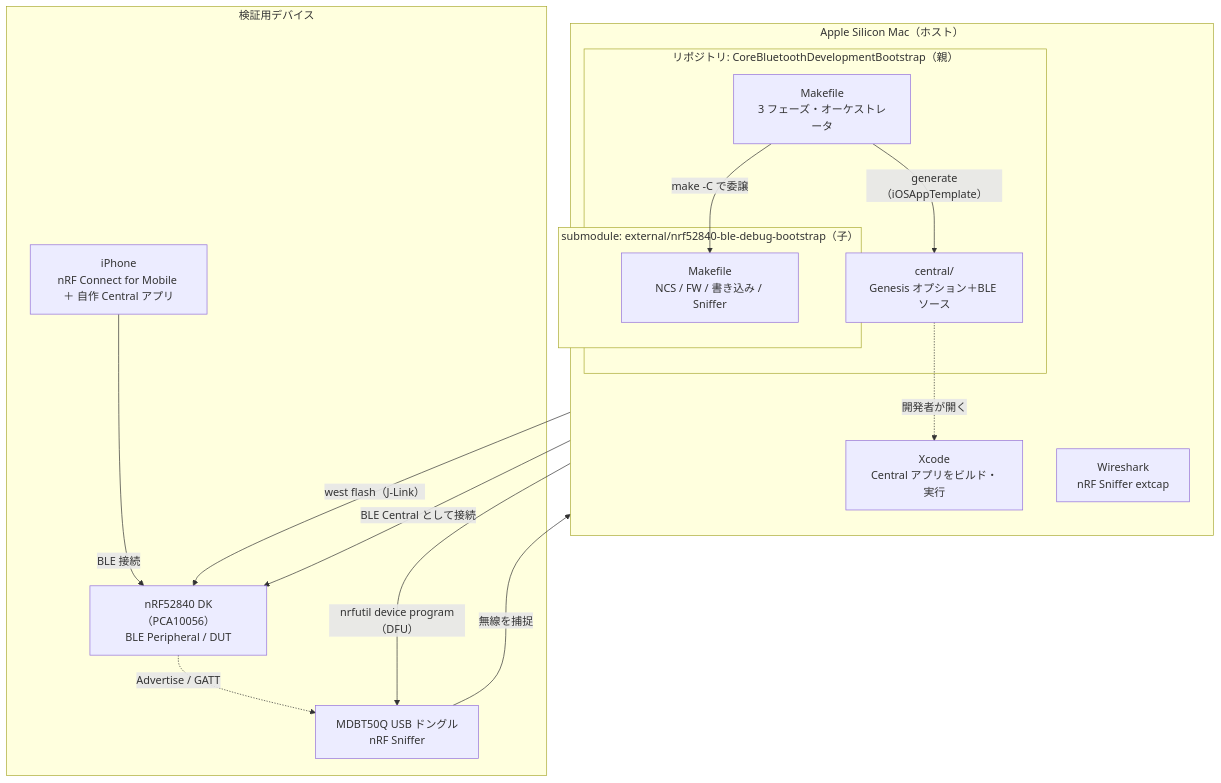
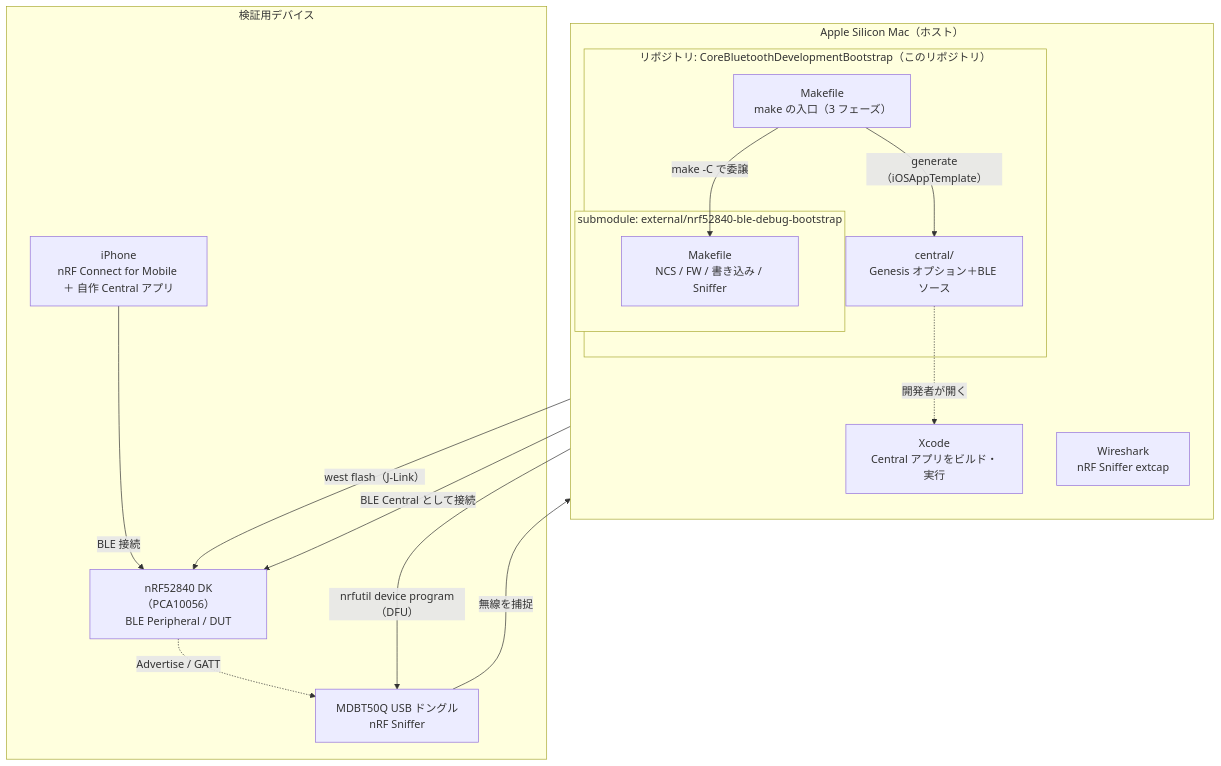
Before and after one commit to kokiTakashiki/CoreBluetoothDevelopmentBootstrap: the first of 4 diagrams in docs/DESIGN-001.md, drawn with Mermaid. The commit also changed other lines of this file and 4 other files, not shown here.

First line of the commit message:
docs: 「親/子/オーケストレータ」の抽象語を廃し、具体名（このリポジトリ/submodule）へ

````diff
--- a/docs/DESIGN-001.md
+++ b/docs/DESIGN-001.md
@@ -51,31 +51,31 @@
 ```mermaid
 flowchart TB
     subgraph host["Apple Silicon Mac（ホスト）"]
         direction TB
-        subgraph parent["リポジトリ: CoreBluetoothDevelopmentBootstrap（親）"]
-            mk["Makefile<br/>3 フェーズ・オーケストレータ"]
+        subgraph parent["リポジトリ: CoreBluetoothDevelopmentBootstrap（このリポジトリ）"]
+            mk["Makefile<br/>make の入口（3 フェーズ）"]
             central["central/<br/>Genesis オプション＋BLE ソース"]
-            subgraph sub["submodule: external/nrf52840-ble-debug-bootstrap（子）"]
+            subgraph sub["submodule: external/nrf52840-ble-debug-bootstrap"]
                 cmk["Makefile<br/>NCS / FW / 書き込み / Sniffer"]
             end
             mk -->|"make -C で委譲"| cmk
             mk -->|"generate（iOSAppTemplate）"| central
         end
         xcode["Xcode<br/>Central アプリをビルド・実行"]
         wireshark["Wireshark<br/>nRF Sniffer extcap"]
         central -.->|開発者が開く| xcode
     end
 
     subgraph devices["検証用デバイス"]
         dk["nRF52840 DK（PCA10056）<br/>BLE Peripheral / DUT"]
         dongle["MDBT50Q USB ドングル<br/>nRF Sniffer"]
         iphone["iPhone<br/>nRF Connect for Mobile ＋ 自作 Central アプリ"]
     end
 
     cmk -->|"west flash（J-Link）"| dk
     cmk -->|"nrfutil device program（DFU）"| dongle
     xcode -->|"BLE Central として接続"| dk
     iphone -->|"BLE 接続"| dk
     dongle -->|"無線を捕捉"| wireshark
     dk -.->|"Advertise / GATT"| dongle
 ```
````
